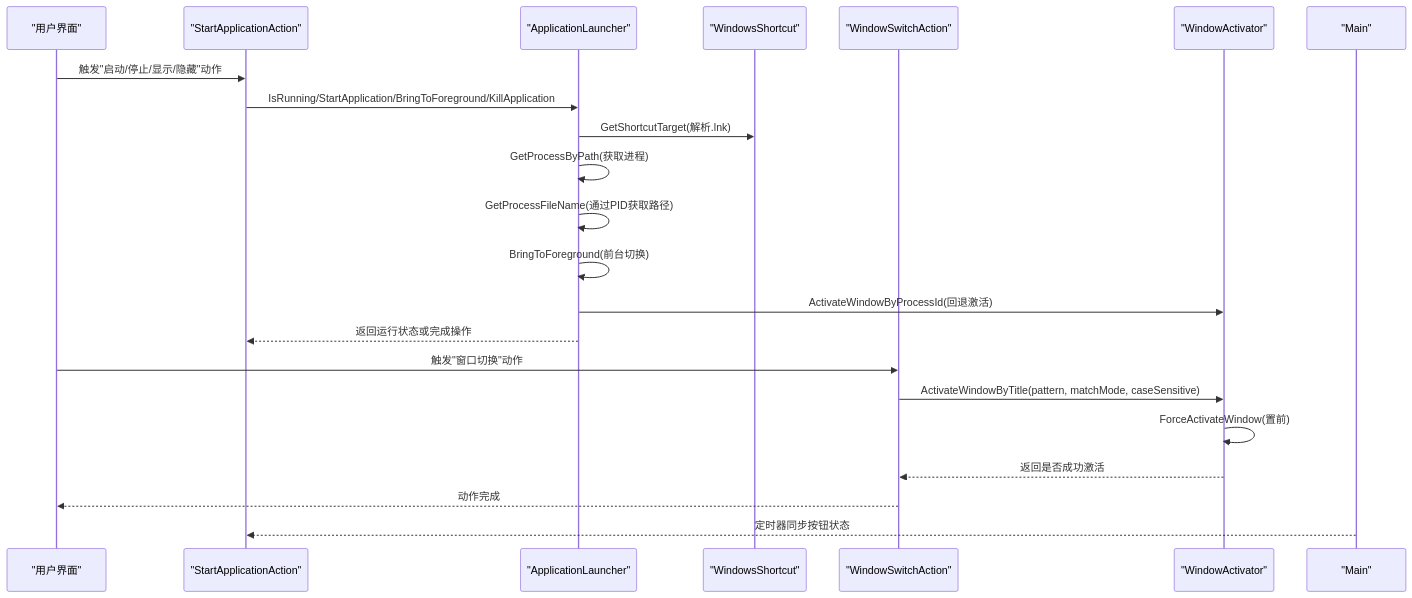
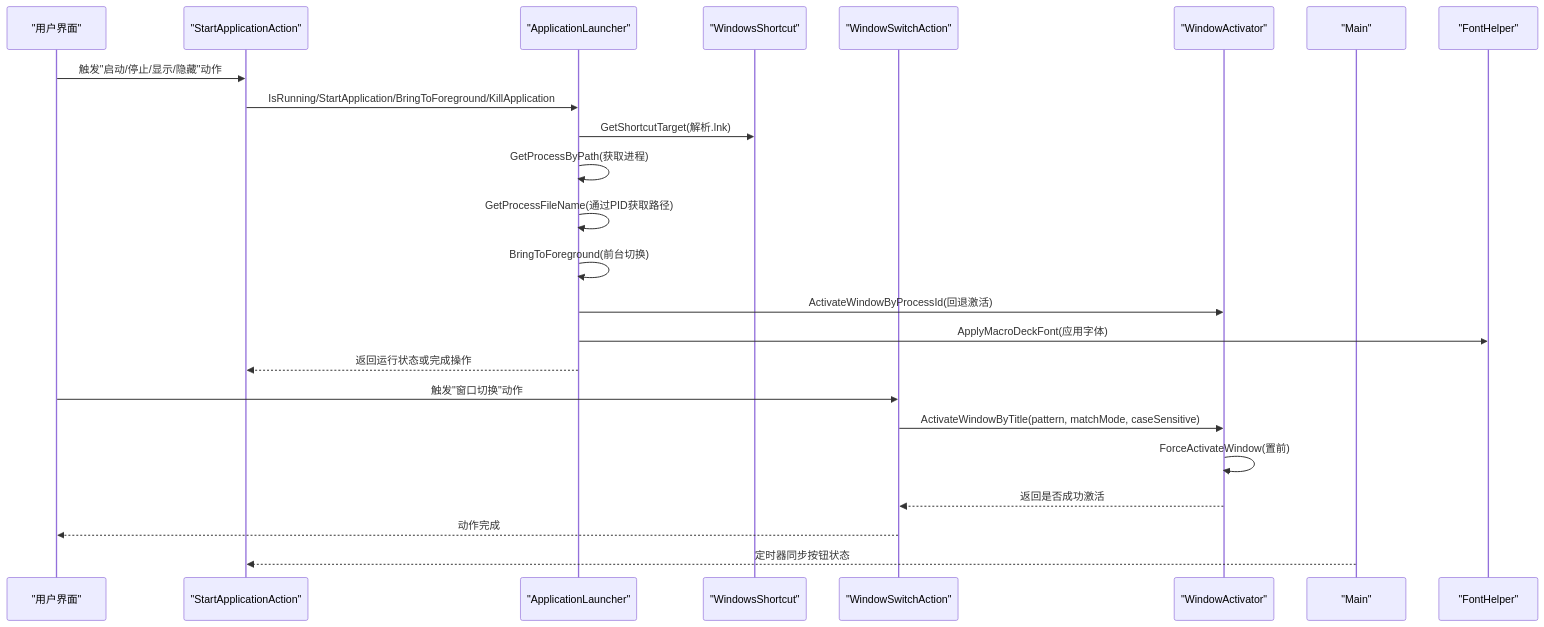
One commit to tea4go/Macro-Deck-Windows-Utils-Plugin changed the second of 7 diagrams in .qoder/repowiki/zh/content/开发者指南/工具函数库/工具函数库.md. Above: the diagram before and after it, drawn with Mermaid. The commit also changed other lines of this file and 13 other files, not shown here.

````diff
--- a/.qoder/repowiki/zh/content/开发者指南/工具函数库/工具函数库.md
+++ b/.qoder/repowiki/zh/content/开发者指南/工具函数库/工具函数库.md
@@ -106,24 +120,26 @@
 ```mermaid
 sequenceDiagram
 participant UI as "用户界面"
 participant SA as "StartApplicationAction"
 participant AL as "ApplicationLauncher"
 participant WS as "WindowsShortcut"
 participant WSA as "WindowSwitchAction"
 participant WA as "WindowActivator"
 participant MAIN as "Main"
+participant FH as "FontHelper"
 UI->>SA : 触发"启动/停止/显示/隐藏"动作
 SA->>AL : IsRunning/StartApplication/BringToForeground/KillApplication
 AL->>WS : GetShortcutTarget(解析.lnk)
 AL->>AL : GetProcessByPath(获取进程)
 AL->>AL : GetProcessFileName(通过PID获取路径)
 AL->>AL : BringToForeground(前台切换)
 AL->>WA : ActivateWindowByProcessId(回退激活)
+AL->>FH : ApplyMacroDeckFont(应用字体)
 AL-->>SA : 返回运行状态或完成操作
 UI->>WSA : 触发"窗口切换"动作
 WSA->>WA : ActivateWindowByTitle(pattern, matchMode, caseSensitive)
 WA->>WA : ForceActivateWindow(置前)
 WA-->>WSA : 返回是否成功激活
 WSA-->>UI : 动作完成
 MAIN-->>SA : 定时器同步按钮状态
 ```
````
